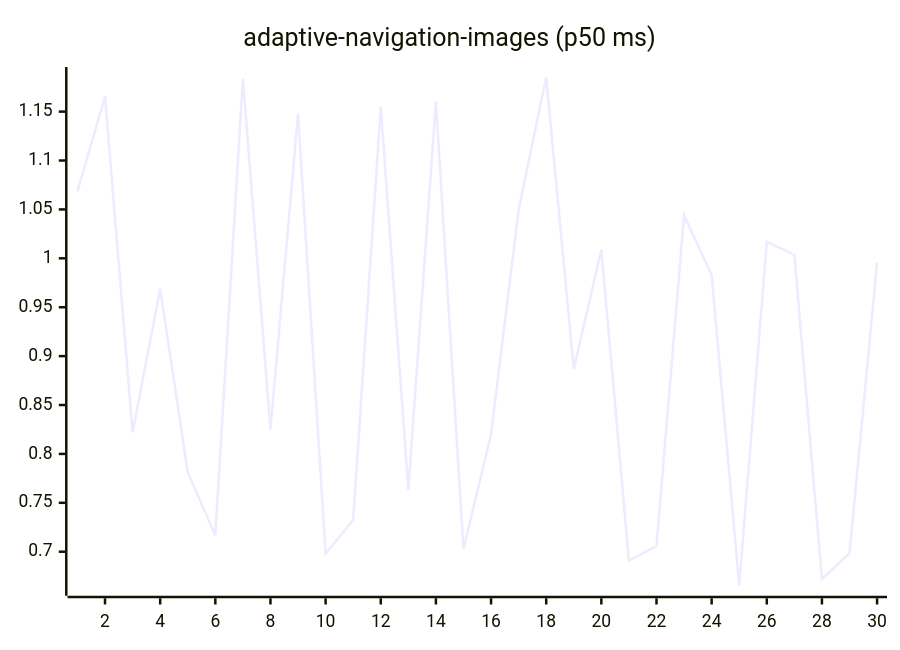
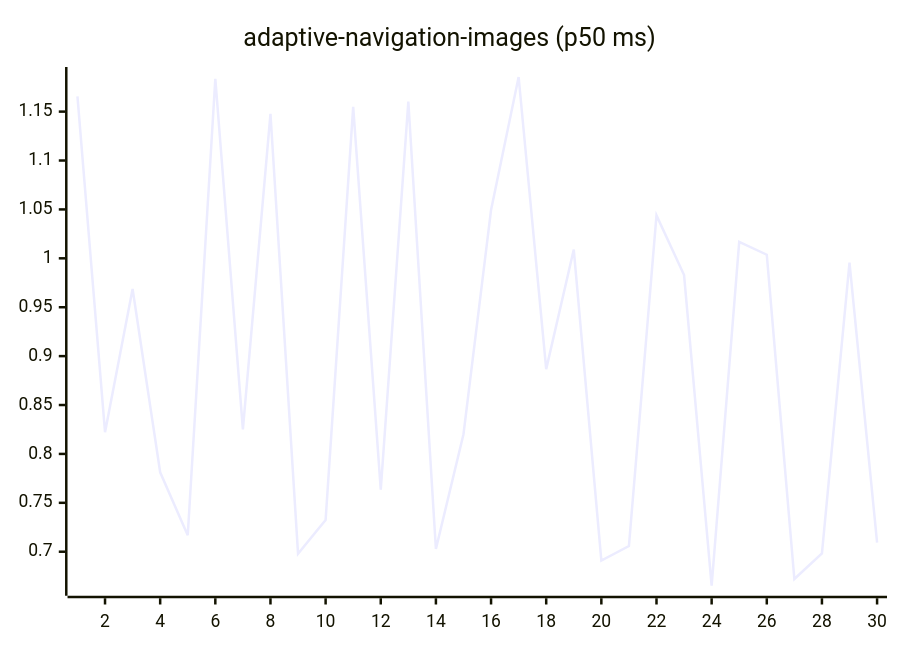
The first of 27 diagrams in README.md (josha/Facet), drawn with Mermaid before and after one commit. The commit also changed other lines of this file and 2 other files, not shown here.

````diff
--- a/README.md
+++ b/README.md
@@ -63,6 +63,6 @@
 ```mermaid
 xychart-beta
     title "adaptive-navigation-images (p50 ms)"
     x-axis 1 --> 30
-    line [1.0683, 1.1655, 0.8222, 0.9687, 0.7812, 0.7168, 1.1836, 0.8250, 1.1478, 0.6980, 0.7325, 1.1549, 0.7635, 1.1603, 0.7028, 0.8201, 1.0494, 1.1854, 0.8867, 1.0090, 0.6909, 0.7058, 1.0439, 0.9829, 0.6652, 1.0169, 1.0037, 0.6721, 0.6983, 0.9956]
+    line [1.1655, 0.8222, 0.9687, 0.7812, 0.7168, 1.1836, 0.8250, 1.1478, 0.6980, 0.7325, 1.1549, 0.7635, 1.1603, 0.7028, 0.8201, 1.0494, 1.1854, 0.8867, 1.0090, 0.6909, 0.7058, 1.0439, 0.9829, 0.6652, 1.0169, 1.0037, 0.6721, 0.6983, 0.9956, 0.7094]
 ```
````
